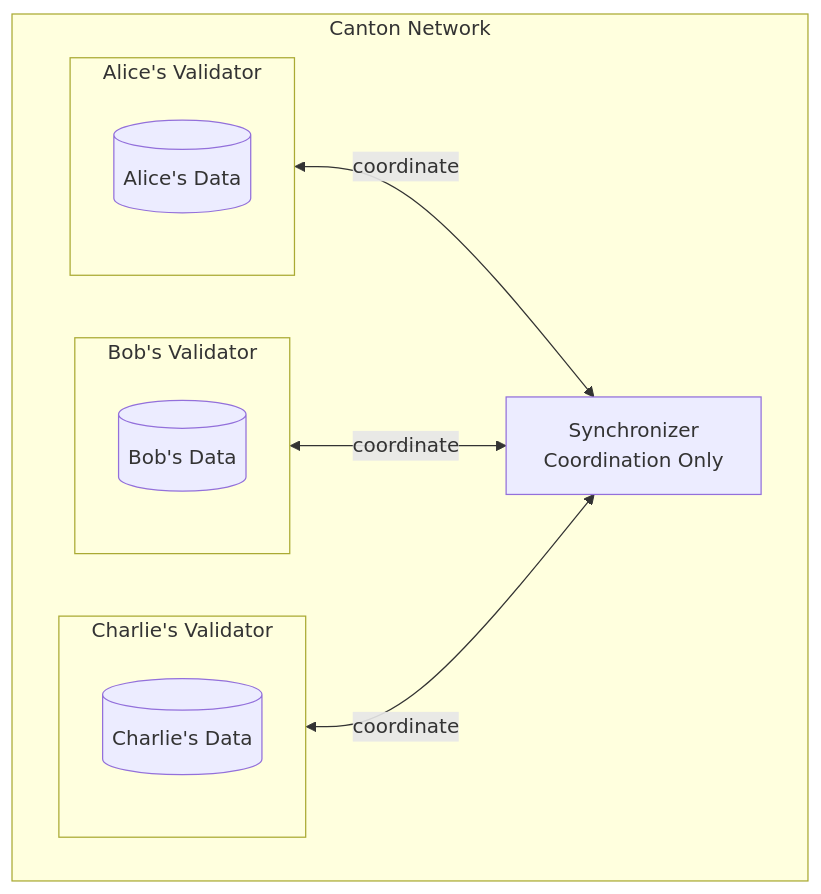
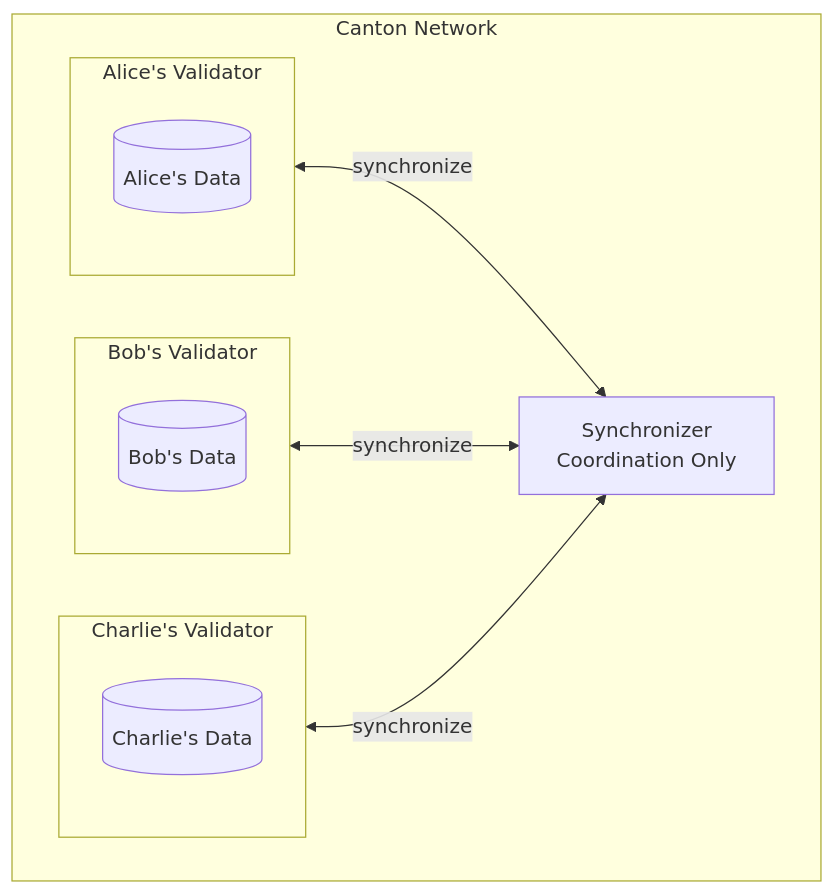
Before and after one commit to canton-network/cf-docs: the first of 4 diagrams in docs-main/appdev/modules/m1-mental-models.mdx, drawn with Mermaid. The commit also changed other lines of this file and 21 other files, not shown here.

````diff
--- a/docs-main/appdev/modules/m1-mental-models.mdx
+++ b/docs-main/appdev/modules/m1-mental-models.mdx
@@ -14,20 +14,20 @@
 ```mermaid
 flowchart TB
     subgraph Network[Canton Network]
         subgraph VA[Alice's Validator]
             DBA[(Alice's Data)]
         end
         subgraph VB[Bob's Validator]
             DBB[(Bob's Data)]
         end
         subgraph VC[Charlie's Validator]
             DBC[(Charlie's Data)]
         end
 
         SYNC[Synchronizer<br>Coordination Only]
     end
 
-    VA <--> |coordinate| SYNC
-    VB <--> |coordinate| SYNC
-    VC <--> |coordinate| SYNC
+    VA <--> |synchronize| SYNC
+    VB <--> |synchronize| SYNC
+    VC <--> |synchronize| SYNC
 ```
````
